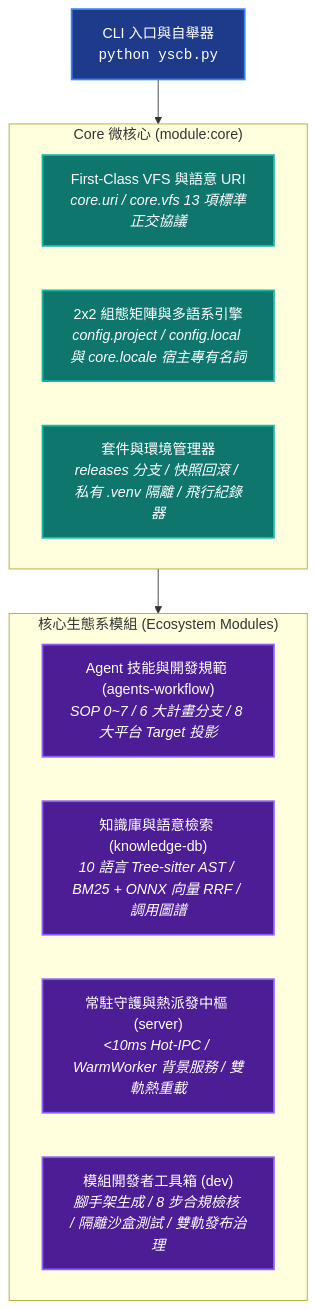
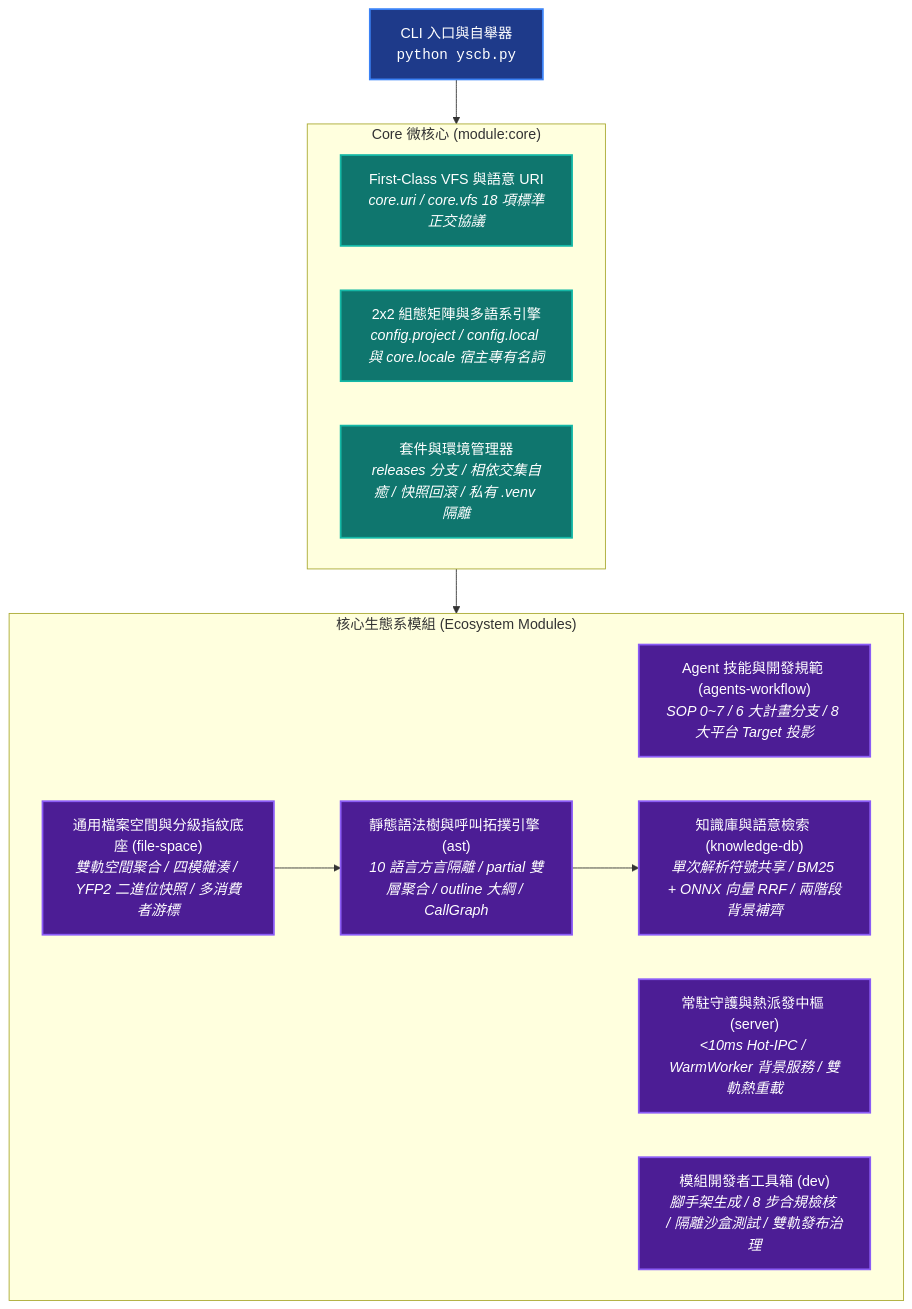
The diagram in README.md (ysnaive/ys-codebase), drawn with Mermaid before and after one commit. The commit also changed other lines of this file and 21 other files, not shown here.

Commit message:
feat(core,knowledge-db,ast,file-space,dev): add update/reload dependency intersection self-healing, PEP 562 lazy exports, and dunder version check

````diff
--- a/README.md
+++ b/README.md
@@ -15,24 +15,28 @@
 ```mermaid
 graph TD
     classDef host fill:#1e3a8a,stroke:#3b82f6,stroke-width:2px,color:#fff;
     classDef core fill:#0f766e,stroke:#14b8a6,stroke-width:2px,color:#fff;
     classDef mod fill:#4c1d95,stroke:#8b5cf6,stroke-width:2px,color:#fff;
 
     Host["CLI 入口與自舉器<br/><code>python yscb.py</code>"]:::host
 
     subgraph Kernel ["Core 微核心 (module:core)"]
-        URI["First-Class VFS 與語意 URI<br/><i>core.uri / core.vfs 13 項標準正交協議</i>"]:::core
+        URI["First-Class VFS 與語意 URI<br/><i>core.uri / core.vfs 18 項標準正交協議</i>"]:::core
         Config["2x2 組態矩陣與多語系引擎<br/><i>config.project / config.local 與 core.locale 宿主專有名詞</i>"]:::core
-        Installer["套件與環境管理器<br/><i>releases 分支 / 快照回滾 / 私有 .venv 隔離 / 飛行紀錄器</i>"]:::core
+        Installer["套件與環境管理器<br/><i>releases 分支 / 相依交集自癒 / 快照回滾 / 私有 .venv 隔離</i>"]:::core
     end
 
     subgraph Ecosystem ["核心生態系模組 (Ecosystem Modules)"]
         Workflow["Agent 技能與開發規範 (agents-workflow)<br/><i>SOP 0~7 / 6 大計畫分支 / 8 大平台 Target 投影</i>"]:::mod
-        Knowledge["知識庫與語意檢索 (knowledge-db)<br/><i>10 語言 Tree-sitter AST / BM25 + ONNX 向量 RRF / 調用圖譜</i>"]:::mod
+        FileSpace["通用檔案空間與分級指紋底座 (file-space)<br/><i>雙軌空間聚合 / 四模雜湊 / YFP2 二進位快照 / 多消費者游標</i>"]:::mod
+        AST["靜態語法樹與呼叫拓撲引擎 (ast)<br/><i>10 語言方言隔離 / partial 雙層聚合 / outline 大綱 / CallGraph</i>"]:::mod
+        Knowledge["知識庫與語意檢索 (knowledge-db)<br/><i>單次解析符號共享 / BM25 + ONNX 向量 RRF / 兩階段背景補齊</i>"]:::mod
         Server["常駐守護與熱派發中樞 (server)<br/><i>&lt;10ms Hot-IPC / WarmWorker 背景服務 / 雙軌熱重載</i>"]:::mod
         Dev["模組開發者工具箱 (dev)<br/><i>腳手架生成 / 8 步合規檢核 / 隔離沙盒測試 / 雙軌發布治理</i>"]:::mod
     end
 
     Host --> Kernel
     Kernel --> Ecosystem
+    FileSpace --> AST
+    AST --> Knowledge
 ```
````
